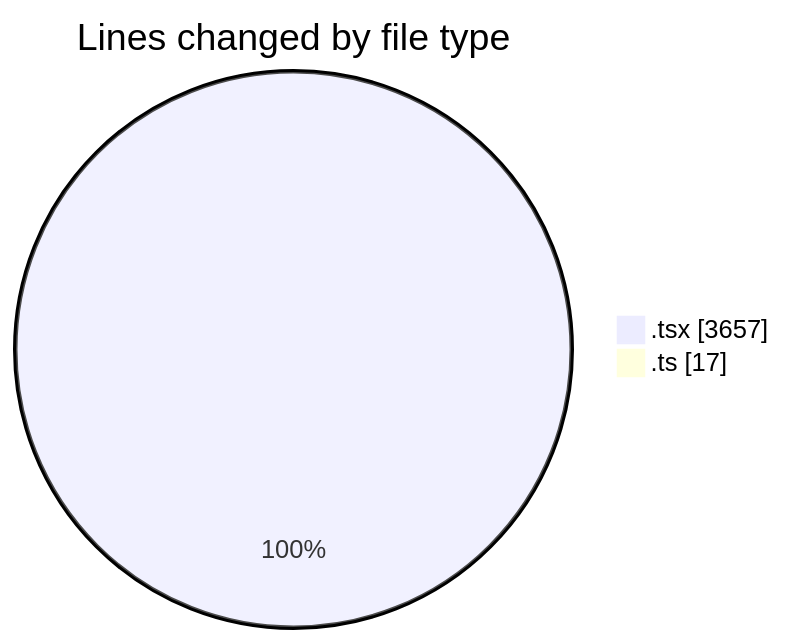
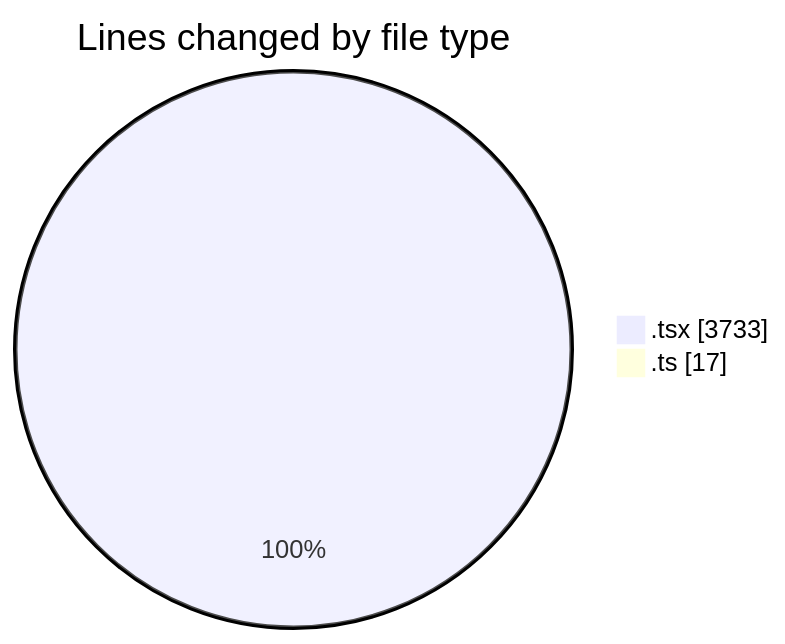
The first of 2 diagrams in 2026-03-15/nxtqube_webapp/README.md (nxtqubesakshisongat/code-tracking), drawn with Mermaid before and after one commit. The commit also changed other lines of this file and 1 other file, not shown here.

````diff
--- a/2026-03-15/nxtqube_webapp/README.md
+++ b/2026-03-15/nxtqube_webapp/README.md
@@ -23,6 +23,6 @@
 ```mermaid
 pie showData
 title Lines changed by file type
-".tsx" : 3657
+".tsx" : 3733
 ".ts" : 17
 ```
````
